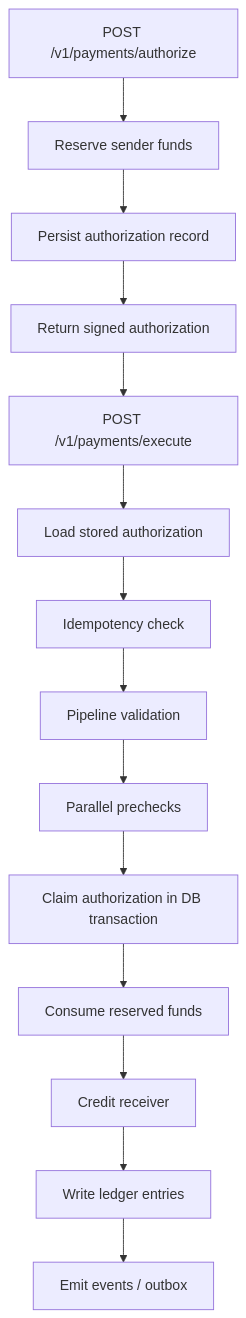
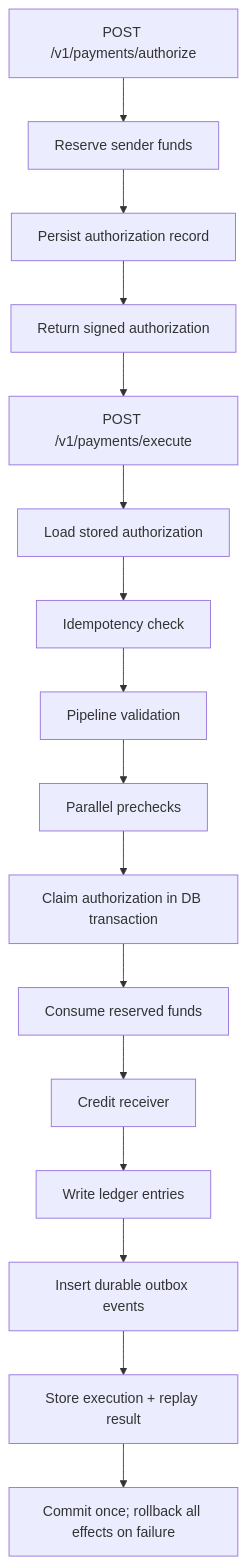
The second of 2 diagrams in README.md (InsaneCoder789/Rail), drawn with Mermaid before and after one commit. The commit also changed other lines of this file and 15 other files, not shown here.

````diff
--- a/README.md
+++ b/README.md
@@ -160,17 +161,19 @@
 ```mermaid
 flowchart TD
   A["POST /v1/payments/authorize"] --> B["Reserve sender funds"]
   B --> C["Persist authorization record"]
   C --> D["Return signed authorization"]
 
   D --> E["POST /v1/payments/execute"]
   E --> F["Load stored authorization"]
   F --> G["Idempotency check"]
   G --> H["Pipeline validation"]
   H --> I["Parallel prechecks"]
   I --> J["Claim authorization in DB transaction"]
   J --> K["Consume reserved funds"]
   K --> L["Credit receiver"]
   L --> M["Write ledger entries"]
-  M --> N["Emit events / outbox"]
+  M --> N["Insert durable outbox events"]
+  N --> O["Store execution + replay result"]
+  O --> P["Commit once; rollback all effects on failure"]
 ```
````
